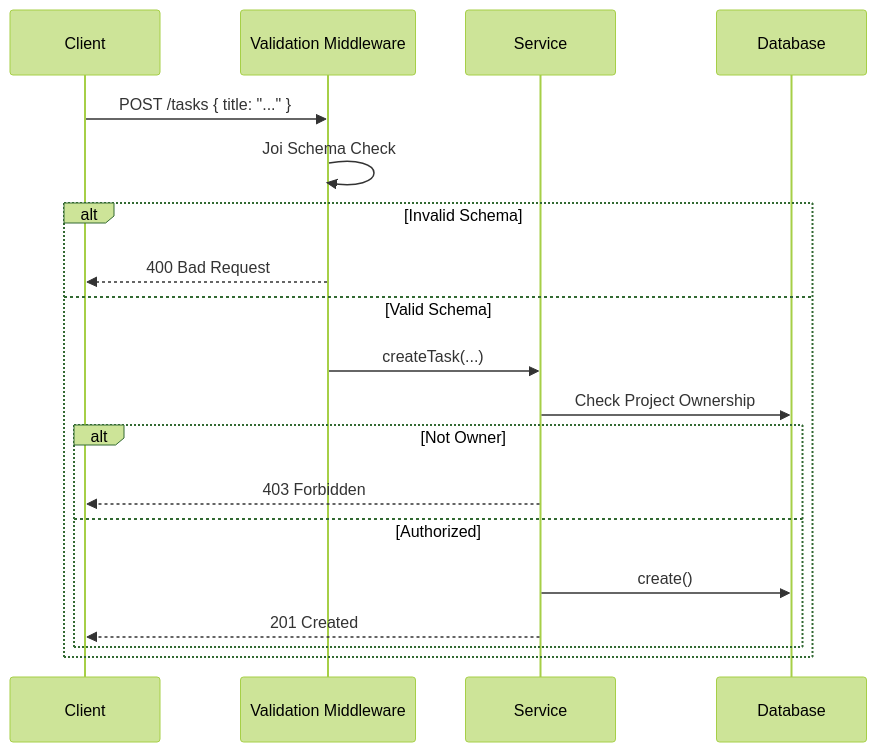
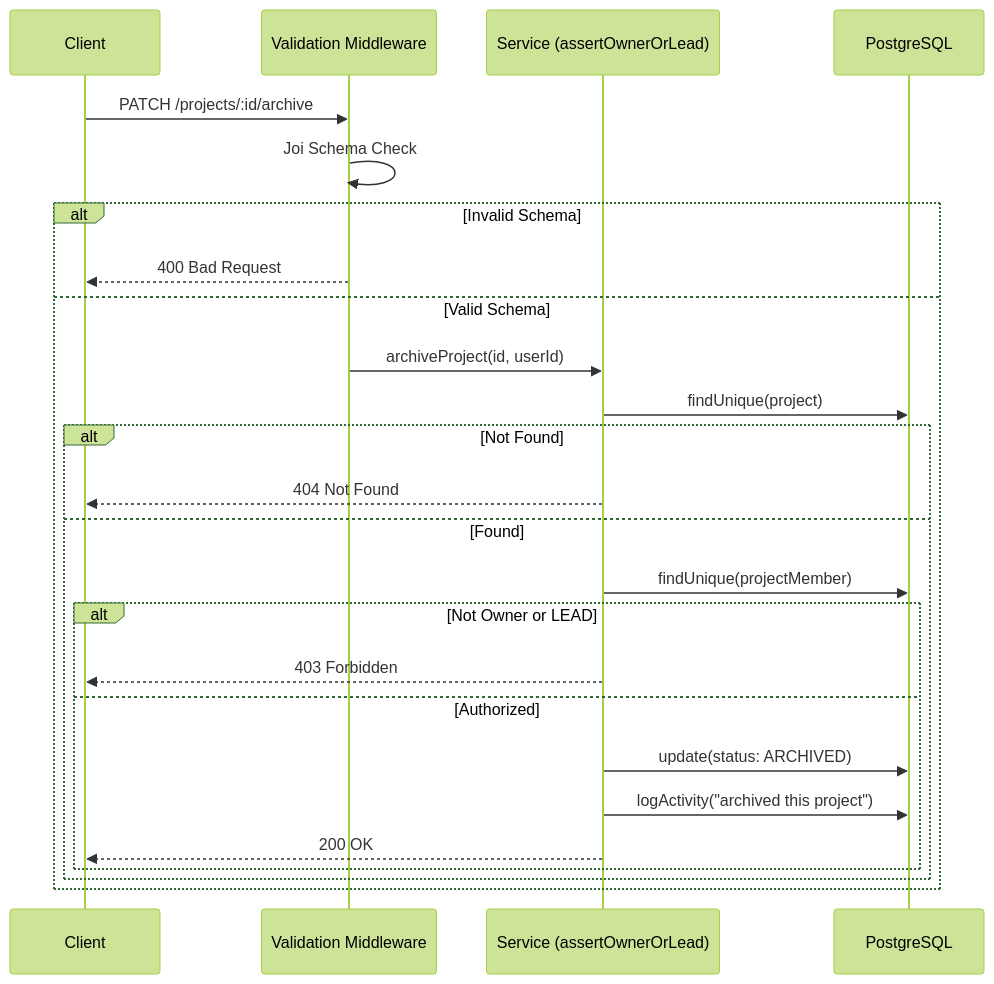
Before and after one commit to siddhantdeval/real-time-task-manager: the second of 3 diagrams in backend/docs/data_flow.md, drawn with Mermaid (forest theme). The commit also changed other lines of this file and 4 other files, not shown here.

````diff
--- a/backend/docs/data_flow.md
+++ b/backend/docs/data_flow.md
@@ -57,22 +62,28 @@
 ```mermaid
 sequenceDiagram
     participant C as Client
     participant M as Validation Middleware
-    participant S as Service
-    participant DB as Database
+    participant S as Service (assertOwnerOrLead)
+    participant DB as PostgreSQL
 
-    C->>M: POST /tasks { title: "..." }
+    C->>M: PATCH /projects/:id/archive
     M->>M: Joi Schema Check
     alt Invalid Schema
         M-->>C: 400 Bad Request
     else Valid Schema
-        M->>S: createTask(...)
-        S->>DB: Check Project Ownership
-        alt Not Owner
-            S-->>C: 403 Forbidden
-        else Authorized
-            S->>DB: create()
-            S-->>C: 201 Created
+        M->>S: archiveProject(id, userId)
+        S->>DB: findUnique(project)
+        alt Not Found
+            S-->>C: 404 Not Found
+        else Found
+            S->>DB: findUnique(projectMember)
+            alt Not Owner or LEAD
+                S-->>C: 403 Forbidden
+            else Authorized
+                S->>DB: update(status: ARCHIVED)
+                S->>DB: logActivity("archived this project")
+                S-->>C: 200 OK
+            end
         end
     end
 ```
````
